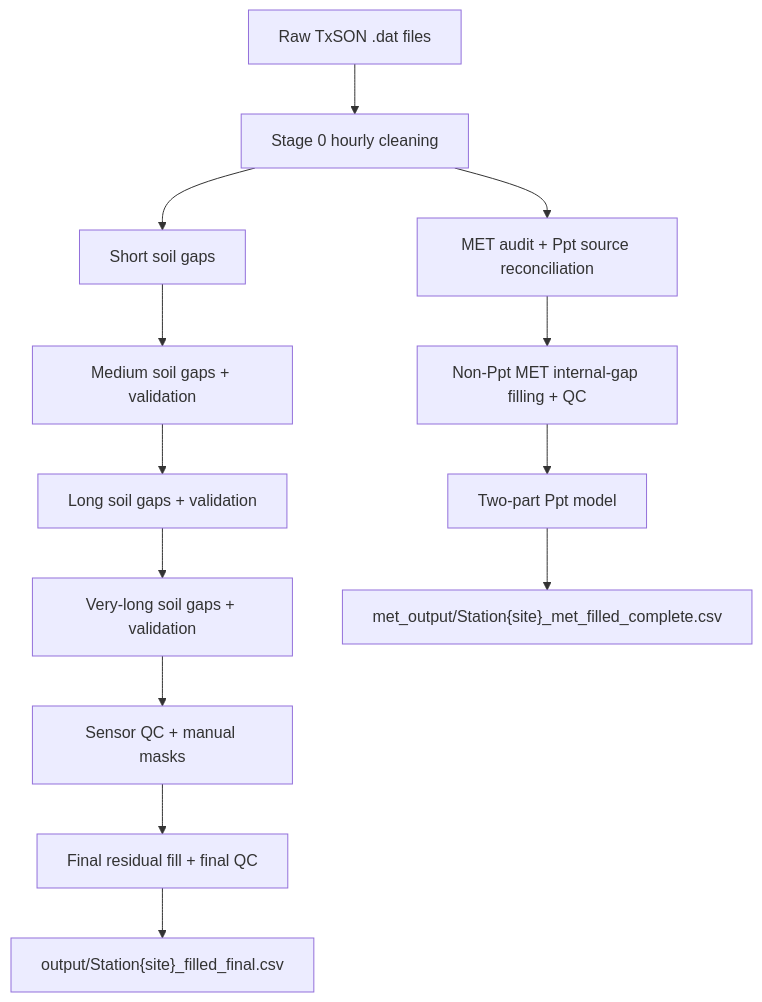
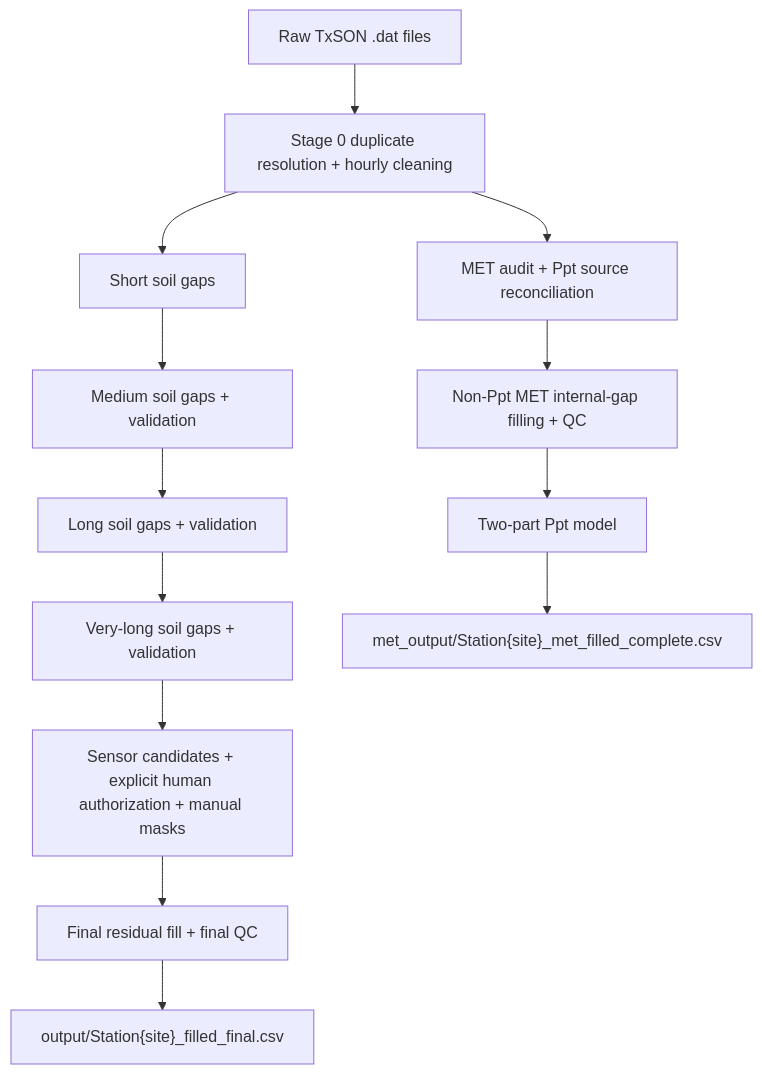
The diagram in data-cleanup/imputation_pipeline/README.md (kiat/tx-soil-moisture), drawn with Mermaid before and after one commit. The commit also changed other lines of this file and 20 other files, not shown here.

Commit message:
Fix sensor QC workflow and duplicate timestamp handling

````diff
--- a/data-cleanup/imputation_pipeline/README.md
+++ b/data-cleanup/imputation_pipeline/README.md
@@ -126,16 +142,16 @@
 ```mermaid
 flowchart TD
-    A[Raw TxSON .dat files] --> B[Stage 0 hourly cleaning]
+    A[Raw TxSON .dat files] --> B[Stage 0 duplicate resolution + hourly cleaning]
     B --> C[Short soil gaps]
     C --> D[Medium soil gaps + validation]
     D --> E[Long soil gaps + validation]
     E --> F[Very-long soil gaps + validation]
-    F --> G[Sensor QC + manual masks]
+    F --> G[Sensor candidates + explicit human authorization + manual masks]
     G --> H[Final residual fill + final QC]
     H --> I["output/Station{site}_filled_final.csv"]
 
     B --> J[MET audit + Ppt source reconciliation]
     J --> K[Non-Ppt MET internal-gap filling + QC]
     K --> L[Two-part Ppt model]
     L --> M["met_output/Station{site}_met_filled_complete.csv"]
 ```
````
